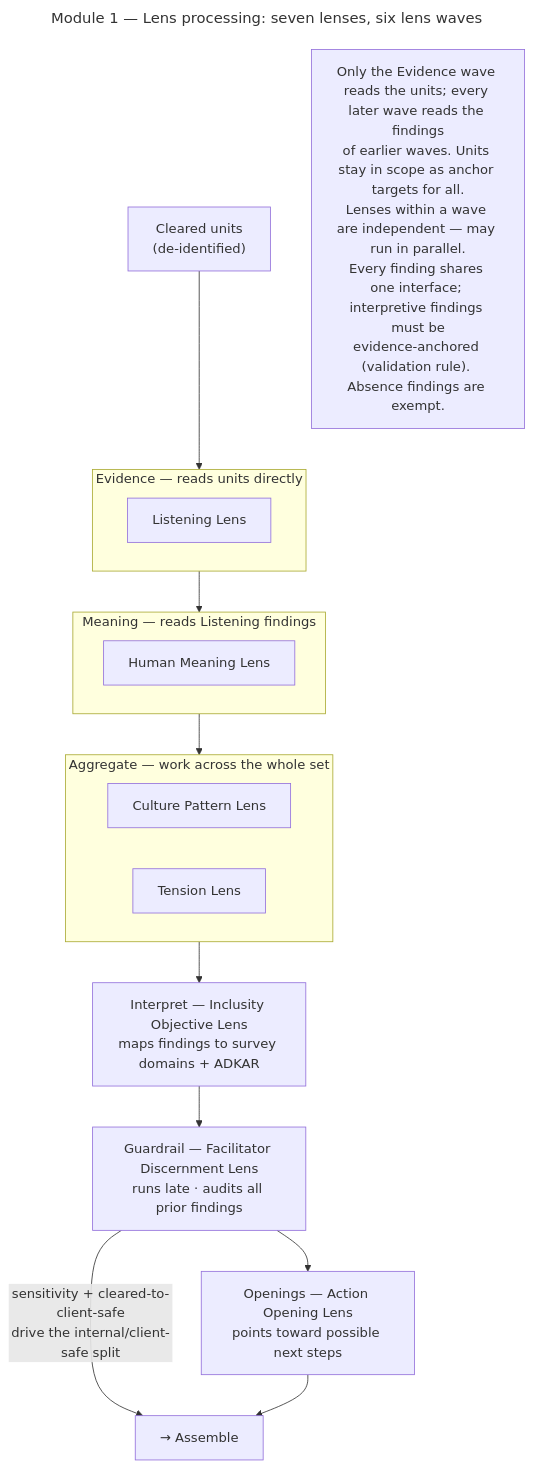
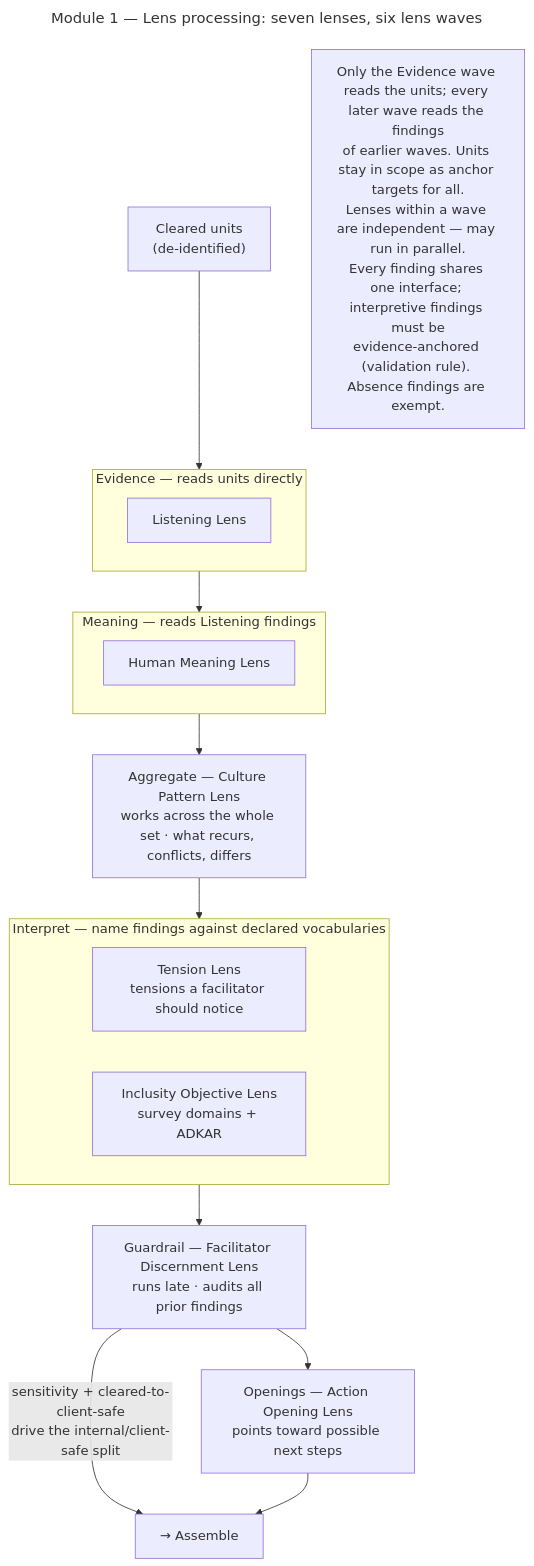
Before and after one commit to dkent600/HumanLens: the second of 3 diagrams in docs/build_approach.md, drawn with Mermaid. The commit also changed other lines of this file and 5 other files, not shown here.

````diff
--- a/docs/build_approach.md
+++ b/docs/build_approach.md
@@ -867,31 +867,32 @@
 ```mermaid
 ---
 title: "Module 1 — Lens processing: seven lenses, six lens waves"
 ---
 flowchart TD
     U["Cleared units<br/>(de-identified)"]
 
     subgraph L1["Evidence — reads units directly"]
         LIS["Listening Lens"]
     end
 
     subgraph LM["Meaning — reads Listening findings"]
         HM["Human Meaning Lens"]
     end
 
-    subgraph L2["Aggregate — work across the whole set"]
+    L2["Aggregate — Culture Pattern Lens<br/>works across the whole set · what recurs, conflicts, differs"]
+
+    subgraph L3["Interpret — name findings against declared vocabularies"]
         direction LR
-        CP["Culture Pattern Lens"]
-        TEN["Tension Lens"]
+        TEN["Tension Lens<br/>tensions a facilitator should notice"]
+        OBJ["Inclusity Objective Lens<br/>survey domains + ADKAR"]
     end
 
-    L3["Interpret — Inclusity Objective Lens<br/>maps findings to survey domains + ADKAR"]
     L4["Guardrail — Facilitator Discernment Lens<br/>runs late · audits all prior findings"]
     L5["Openings — Action Opening Lens<br/>points toward possible next steps"]
 
     U --> L1 --> LM --> L2 --> L3 --> L4 --> L5
     L4 -->|"sensitivity + cleared-to-client-safe<br/>drive the internal/client-safe split"| OUT["→ Assemble"]
     L5 --> OUT
 
     NOTE["Only the Evidence wave reads the units; every later wave reads the findings<br/>of earlier waves. Units stay in scope as anchor targets for all.<br/>Lenses within a wave are independent — may run in parallel.<br/>Every finding shares one interface; interpretive findings must be<br/>evidence-anchored (validation rule). Absence findings are exempt."]
 ```
````
